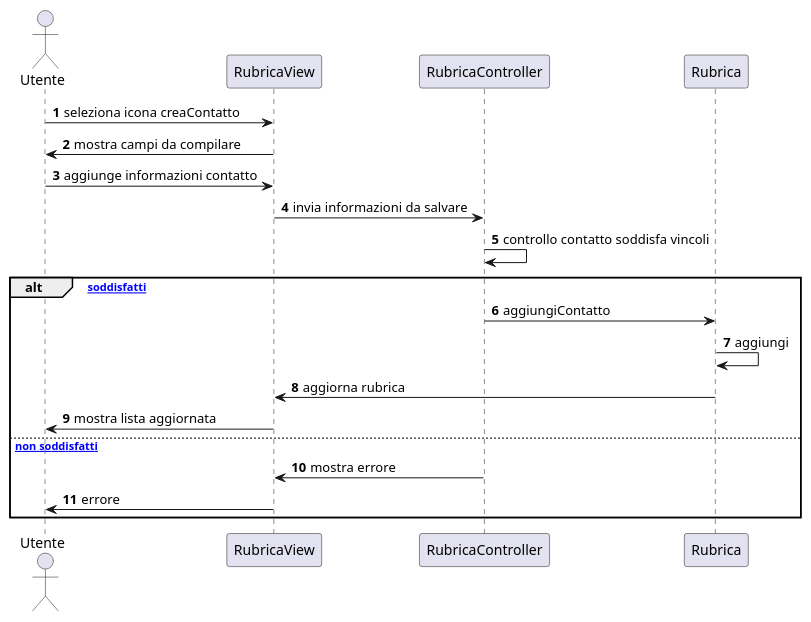
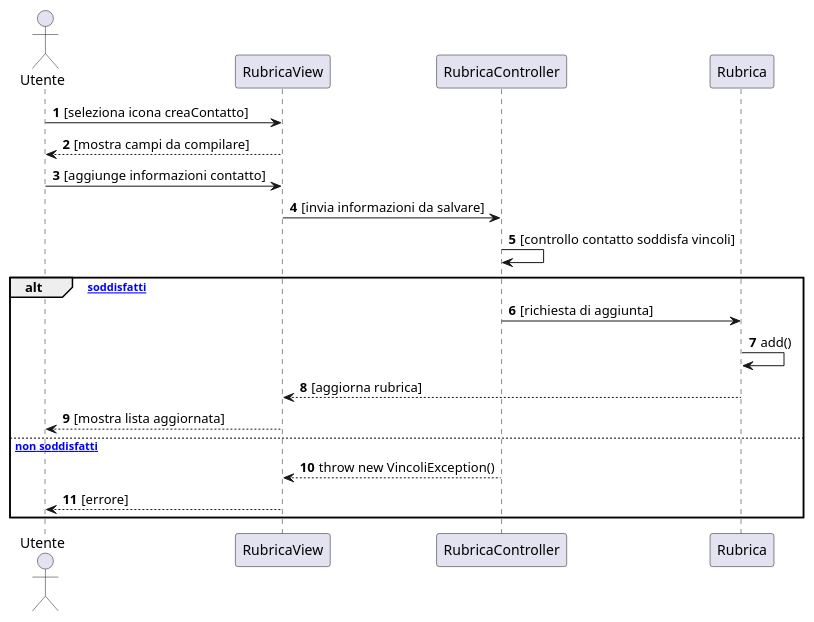
One commit to emanueletocci/uni-swe-project changed the diagram in docs/bozze/Diagrammi/Sequenza/ScenarioAggiungiContatto.puml. Above: the diagram before and after it, drawn with PlantUML. The commit also changed 2 other files, not shown here.

```diff
--- a/docs/bozze/Diagrammi/Sequenza/ScenarioAggiungiContatto.puml
+++ b/docs/bozze/Diagrammi/Sequenza/ScenarioAggiungiContatto.puml
@@ -1,18 +1,18 @@
 @startuml Aggiunta contatto
 autonumber
 actor Utente
-Utente -> RubricaView : seleziona icona creaContatto
-RubricaView->Utente: mostra campi da compilare
-Utente->RubricaView: aggiunge informazioni contatto
-RubricaView->RubricaController: invia informazioni da salvare
-RubricaController->RubricaController: controllo contatto soddisfa vincoli
+Utente -> RubricaView : [seleziona icona creaContatto]
+RubricaView-->Utente: [mostra campi da compilare]
+Utente->RubricaView: [aggiunge informazioni contatto]
+RubricaView->RubricaController: [invia informazioni da salvare]
+RubricaController->RubricaController: [controllo contatto soddisfa vincoli]
 alt [vincoli soddisfatti]
-RubricaController->Rubrica: aggiungiContatto
-Rubrica->Rubrica: aggiungi
-Rubrica->RubricaView: aggiorna rubrica
-RubricaView->Utente: mostra lista aggiornata
+RubricaController->Rubrica: [richiesta di aggiunta]
+Rubrica->Rubrica: add()
+Rubrica-->RubricaView: [aggiorna rubrica]
+RubricaView-->Utente: [mostra lista aggiornata]
  else [vincoli non soddisfatti]
-RubricaController->RubricaView: mostra errore
-RubricaView->Utente: errore
+RubricaController-->RubricaView: throw new VincoliException()
+RubricaView-->Utente: [errore]
 end
 @enduml
```
